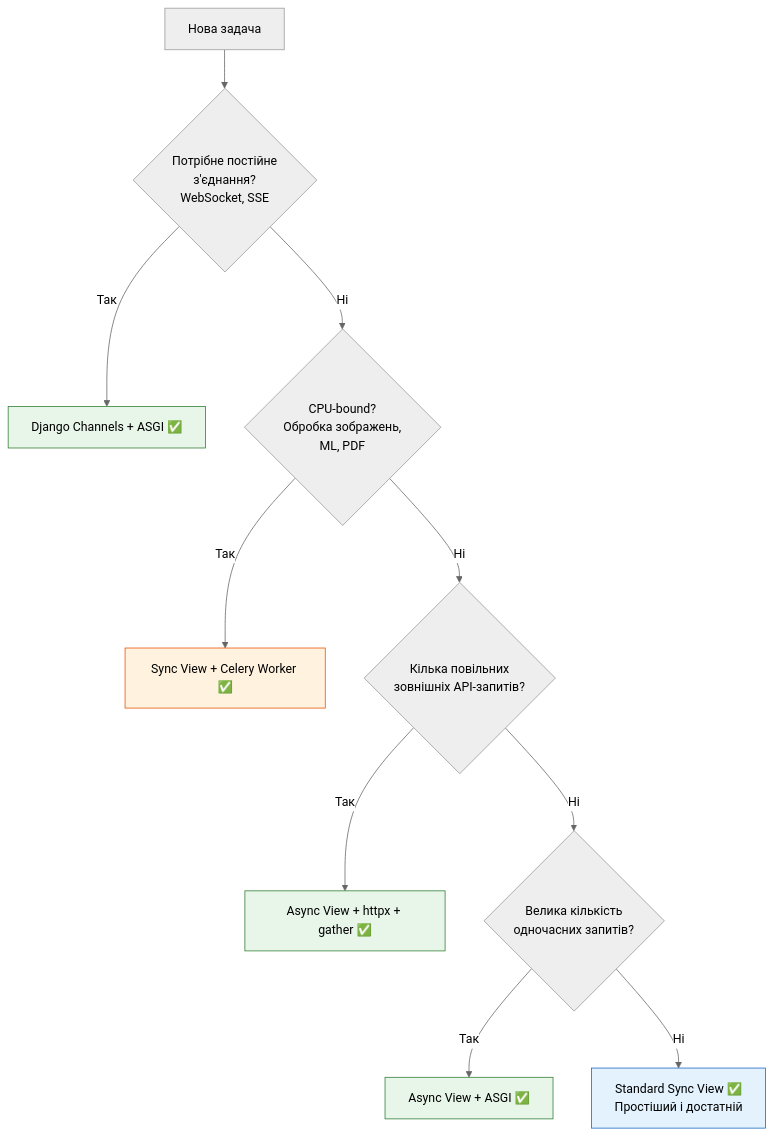
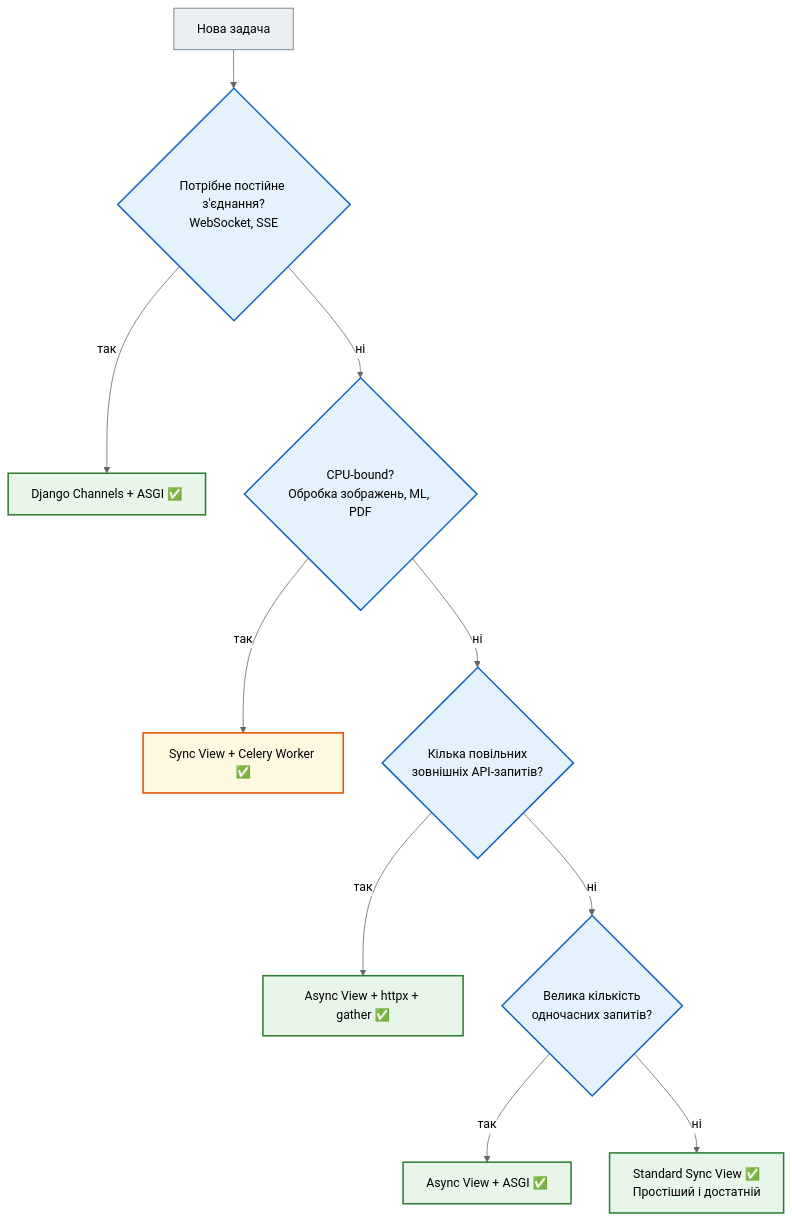
The third of 5 diagrams in docs/09_async_and_realtime/async_09_async_use_cases_full.md (NikoriakViktot/notes_chat_app), drawn with Mermaid (neutral theme) before and after one commit. The commit also changed other lines of this file and 441 other files, not shown here.

First line of the commit message:
Add English version of the book, Mermaid standard, docs fixes

````diff
--- a/docs/09_async_and_realtime/async_09_async_use_cases_full.md
+++ b/docs/09_async_and_realtime/async_09_async_use_cases_full.md
@@ -219,21 +223,24 @@
 ```mermaid
 graph TD
-    A[Нова задача] --> B{Потрібне постійне\nз'єднання?\nWebSocket, SSE}
-    B -->|Так| C[Django Channels + ASGI ✅]
-    B -->|Ні| D{CPU-bound?\nОбробка зображень,\nML, PDF}
+    A[Нова задача] --> B{"Потрібне постійне з'єднання?<br>WebSocket, SSE"}
+    B -->|так| C[Django Channels + ASGI ✅]
+    B -->|ні| D{"CPU-bound?<br>Обробка зображень, ML, PDF"}
 
-    D -->|Так| E[Sync View + Celery Worker ✅]
-    D -->|Ні| F{Кілька повільних\nзовнішніх API-запитів?}
+    D -->|так| E[Sync View + Celery Worker ✅]
+    D -->|ні| F{"Кілька повільних<br>зовнішніх API-запитів?"}
 
-    F -->|Так| G[Async View + httpx + gather ✅]
-    F -->|Ні| H{Велика кількість\nодночасних запитів?}
+    F -->|так| G[Async View + httpx + gather ✅]
+    F -->|ні| H{"Велика кількість<br>одночасних запитів?"}
 
-    H -->|Так| I[Async View + ASGI ✅]
-    H -->|Ні| J[Standard Sync View ✅\nПростіший і достатній]
+    H -->|так| I[Async View + ASGI ✅]
+    H -->|ні| J["Standard Sync View ✅<br>Простіший і достатній"]
 
-    style C fill:#e8f5e9,stroke:#2e7d32
-    style E fill:#fff3e0,stroke:#e65100
-    style G fill:#e8f5e9,stroke:#2e7d32
-    style I fill:#e8f5e9,stroke:#2e7d32
-    style J fill:#e3f2fd,stroke:#1565c0
+    classDef step     fill:#eceff1,stroke:#546e7a,stroke-width:1px;
+    classDef decision fill:#e3f2fd,stroke:#1565c0,stroke-width:2px;
+    classDef success  fill:#e8f5e9,stroke:#2e7d32,stroke-width:2px;
+    classDef warning  fill:#fff8e1,stroke:#e65100,stroke-width:2px;
+    class A step;
+    class B,D,F,H decision;
+    class C,G,I,J success;
+    class E warning;
 ```
````
